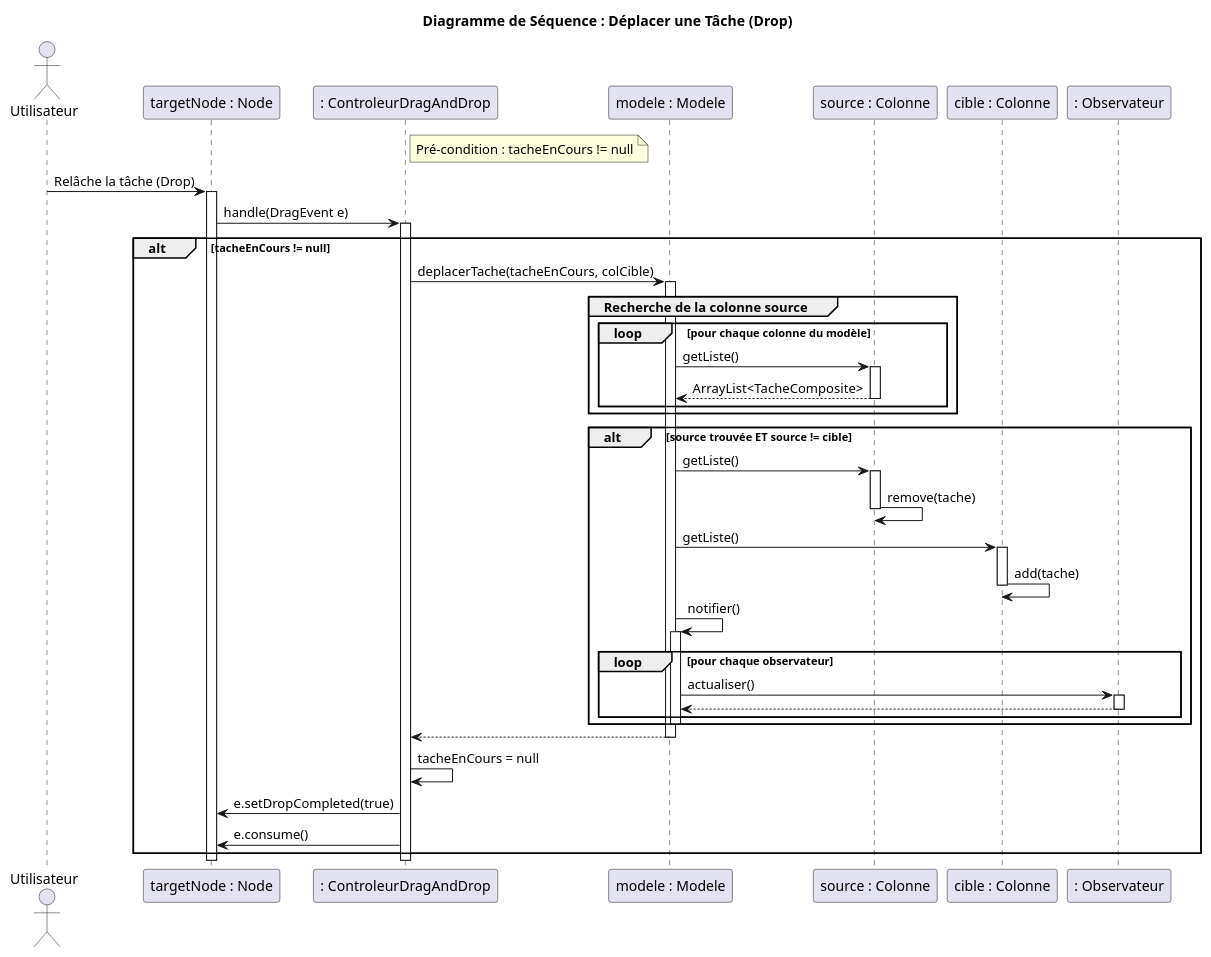
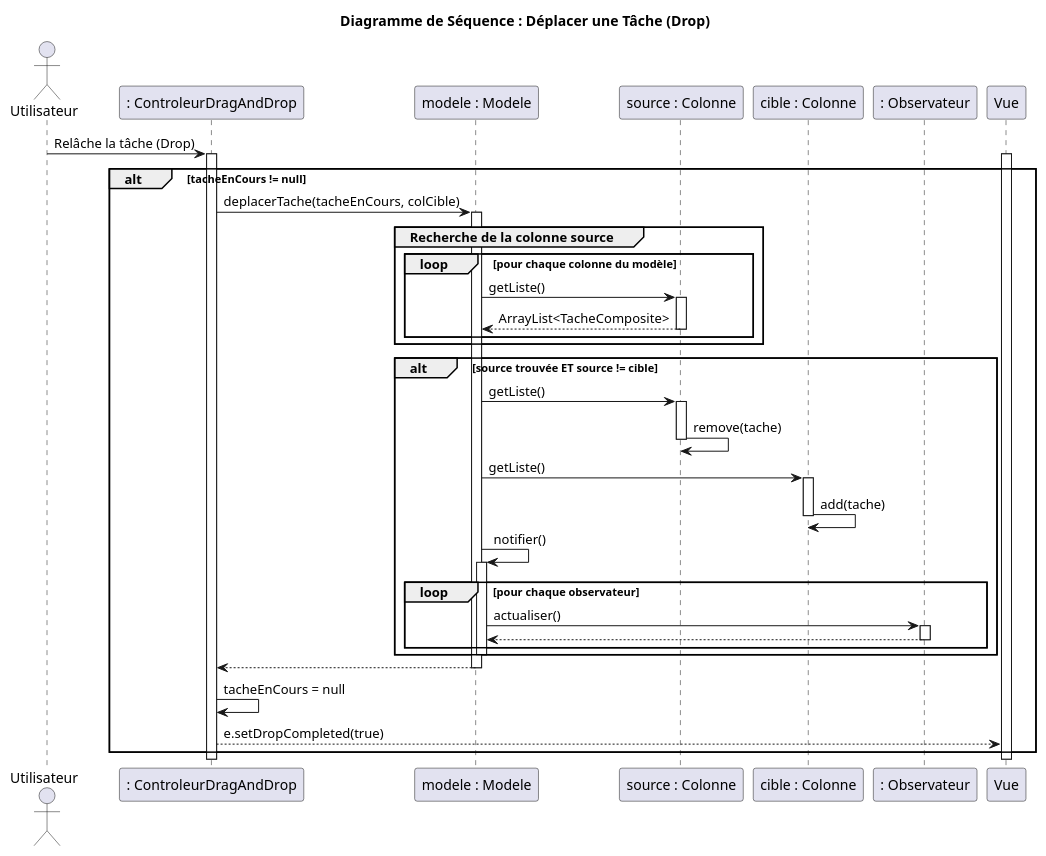
The diagram in Ollert_QDEV/diagrammes/iteration3/DiagrammeSeqDragAnDrop.puml (AlexanderCARNET/SAE_3_01_dev_application), drawn with PlantUML before and after one commit.

Commit message:
[Doc] Diagramme seq

```diff
--- a/Ollert_QDEV/diagrammes/iteration3/DiagrammeSeqDragAnDrop.puml
+++ b/Ollert_QDEV/diagrammes/iteration3/DiagrammeSeqDragAnDrop.puml
@@ -1,71 +1,67 @@
 @startuml
 
 title Diagramme de Séquence : Déplacer une Tâche (Drop)
 
 actor Utilisateur
-participant "targetNode : Node" as Vue
 participant ": ControleurDragAndDrop" as Ctrl
 participant "modele : Modele" as Modele
 participant "source : Colonne" as ColSource
 participant "cible : Colonne" as ColCible
 participant ": Observateur" as Obs
 
-note right of Ctrl : Pré-condition : tacheEnCours != null
 
-Utilisateur -> Vue : Relâche la tâche (Drop)
+Utilisateur -> Ctrl : Relâche la tâche (Drop)
 activate Vue
 
-Vue -> Ctrl : handle(DragEvent e)
 activate Ctrl
 
 alt tacheEnCours != null
     Ctrl -> Modele : deplacerTache(tacheEnCours, colCible)
     activate Modele
 
     group Recherche de la colonne source
         loop pour chaque colonne du modèle
             Modele -> ColSource : getListe()
             activate ColSource
             ColSource --> Modele : ArrayList<TacheComposite>
             deactivate ColSource
         end
     end
 
     alt source trouvée ET source != cible
 
 
         Modele -> ColSource : getListe()
         activate ColSource
         ColSource -> ColSource : remove(tache)
         deactivate ColSource
 
         Modele -> ColCible : getListe()
         activate ColCible
         ColCible -> ColCible : add(tache)
         deactivate ColCible
 
         Modele -> Modele : notifier()
         activate Modele
 
         loop pour chaque observateur
             Modele -> Obs : actualiser()
             activate Obs
             Obs --> Modele
             deactivate Obs
         end
         deactivate Modele
 
     end
 
     Modele --> Ctrl
     deactivate Modele
 
     Ctrl -> Ctrl : tacheEnCours = null
-    Ctrl -> Vue : e.setDropCompleted(true)
-    Ctrl -> Vue : e.consume()
+    Ctrl --> Vue : e.setDropCompleted(true)
 end
 
 deactivate Ctrl
 deactivate Vue
 
 @enduml
```
